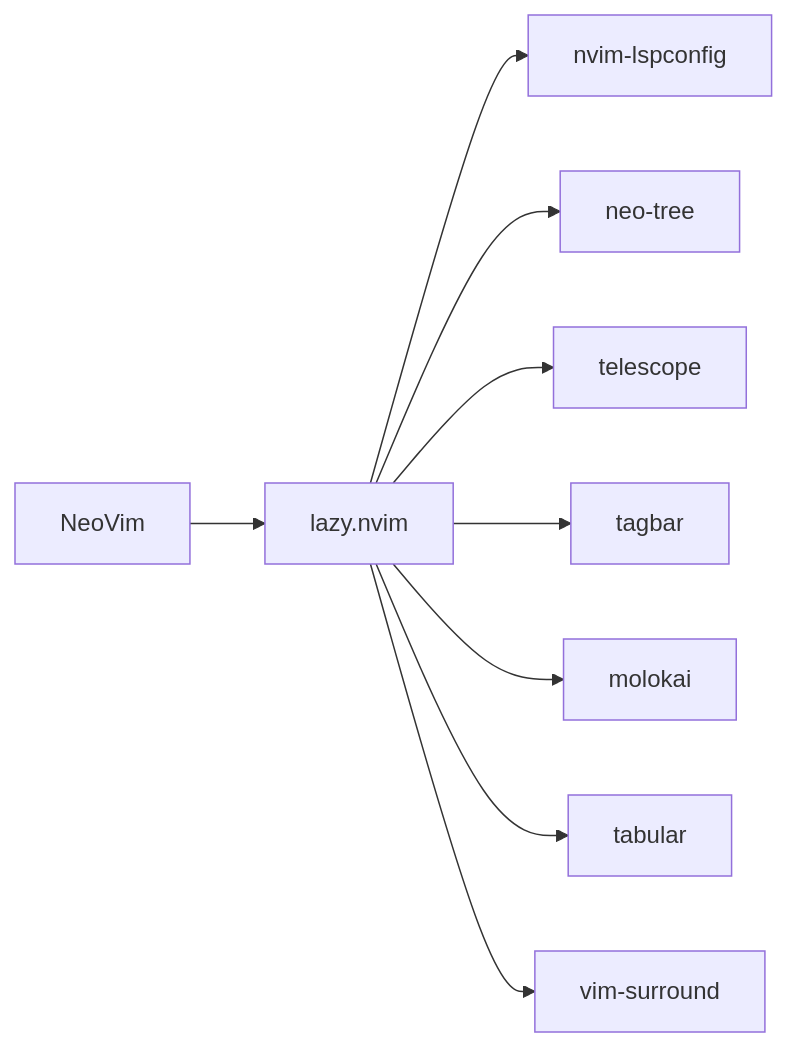
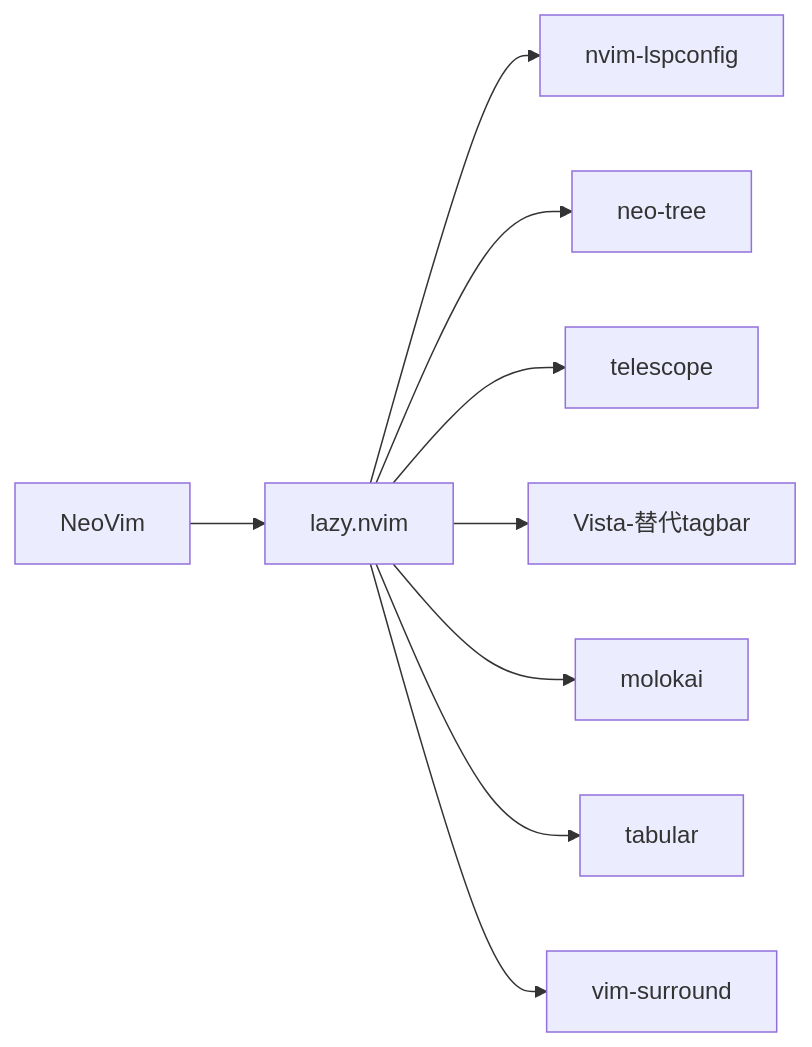
The first of 2 diagrams in vim/index.md (cfanzp008/cfanzp008.github.io), drawn with Mermaid before and after one commit. The commit also changed 86 other files, not shown here.

```diff
--- a/vim/index.md
+++ b/vim/index.md
@@ -43,11 +43,11 @@
 {{< mermaid >}}
 graph LR
   NeoVim-->lazy.nvim
   lazy.nvim-->nvim-lspconfig
   lazy.nvim-->neo-tree
   lazy.nvim-->telescope
-  lazy.nvim-->tagbar
+  lazy.nvim-->Vista-替代tagbar
   lazy.nvim-->molokai
   lazy.nvim-->tabular
   lazy.nvim-->vim-surround
 {{</ mermaid >}}
```
